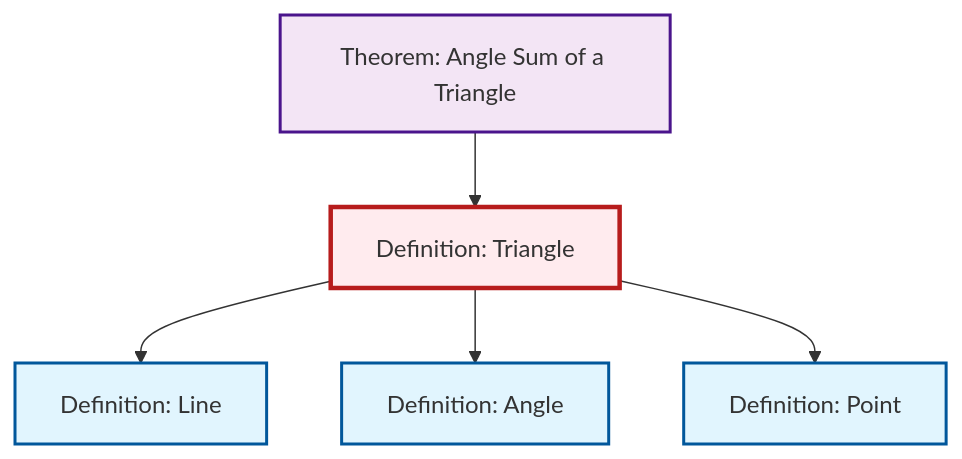
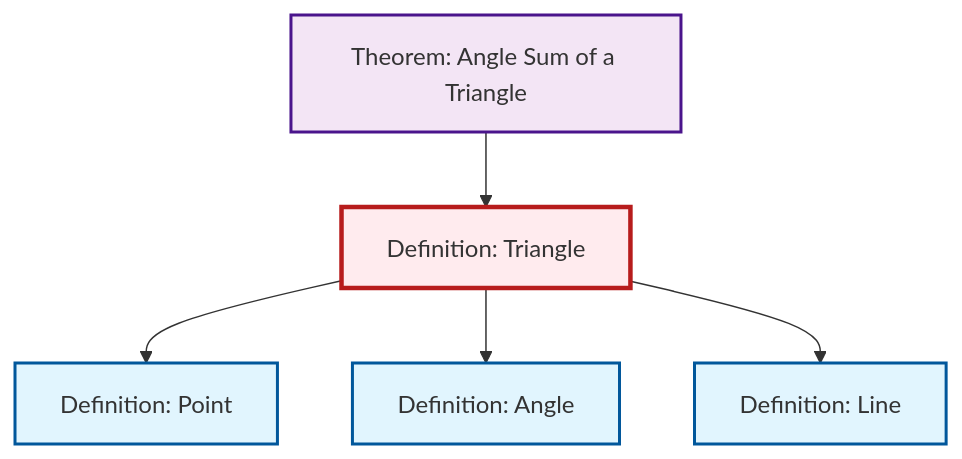
The diagram in content/en/geometry/def-triangle.qmd (RK0429/ModernMath), drawn with Mermaid before and after one commit. The commit also changed other lines of this file and 360 other files, not shown here.

````diff
--- a/content/en/geometry/def-triangle.qmd
+++ b/content/en/geometry/def-triangle.qmd
@@ -59,23 +59,23 @@
 ```{mermaid}
 %%| fig-cap: "Local dependency graph"
 graph TD
     classDef definition fill:#e1f5fe,stroke:#01579b,stroke-width:2px
     classDef theorem fill:#f3e5f5,stroke:#4a148c,stroke-width:2px
     classDef axiom fill:#fff3e0,stroke:#e65100,stroke-width:2px
     classDef example fill:#e8f5e9,stroke:#1b5e20,stroke-width:2px
     classDef current fill:#ffebee,stroke:#b71c1c,stroke-width:3px
-    def-point["Definition: Point"]:::definition
-    def-line["Definition: Line"]:::definition
     thm-angle-sum-triangle["Theorem: Angle Sum of a Triangle"]:::theorem
     def-angle["Definition: Angle"]:::definition
     def-triangle["Definition: Triangle"]:::definition
-    def-triangle --> def-line
-    def-triangle --> def-angle
+    def-point["Definition: Point"]:::definition
+    def-line["Definition: Line"]:::definition
     thm-angle-sum-triangle --> def-triangle
     def-triangle --> def-point
+    def-triangle --> def-angle
+    def-triangle --> def-line
     class def-triangle current
+    click thm-angle-sum-triangle "thm-angle-sum-triangle.html" "Go to Angle Sum of a Triangle theorem"
+    click def-angle "def-angle.html" "Go to Angle definition"
     click def-point "def-point.html" "Go to Point definition"
     click def-line "def-line.html" "Go to Line definition"
-    click thm-angle-sum-triangle "thm-angle-sum-triangle.html" "Go to Angle Sum of a Triangle theorem"
-    click def-angle "def-angle.html" "Go to Angle definition"
 ```
````
